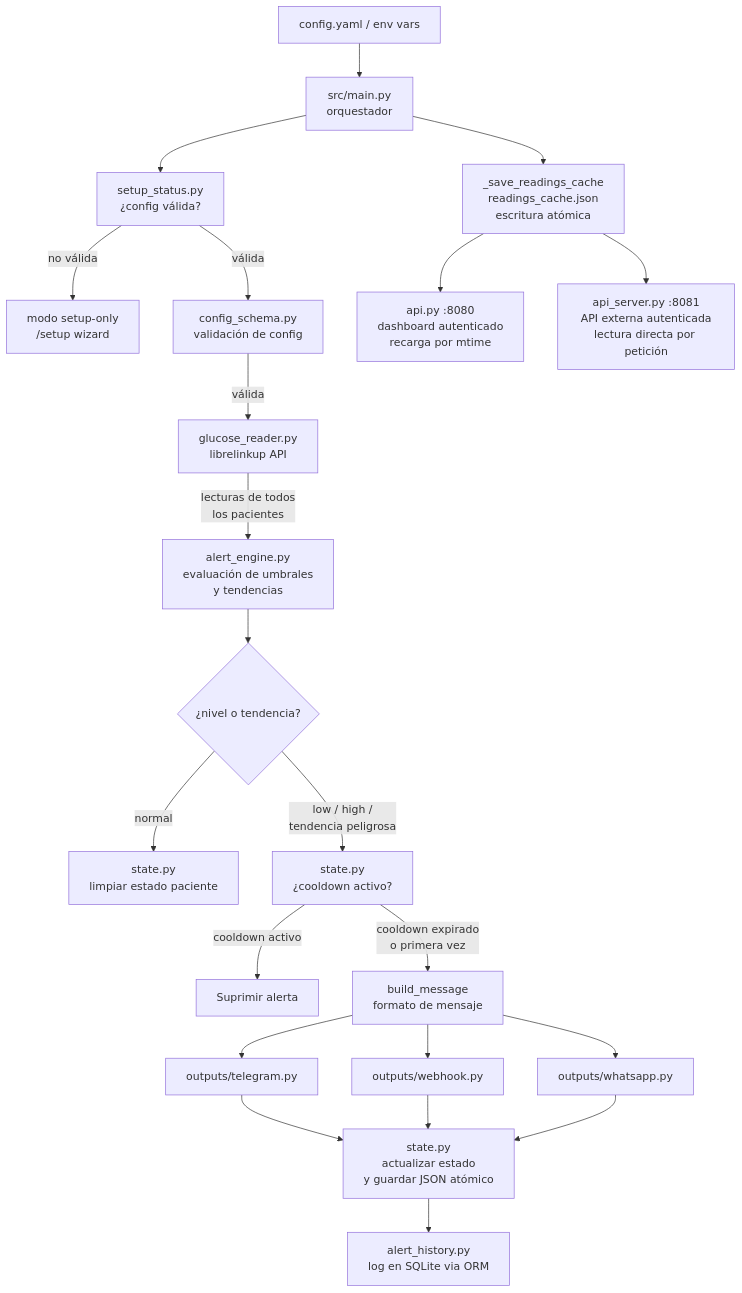
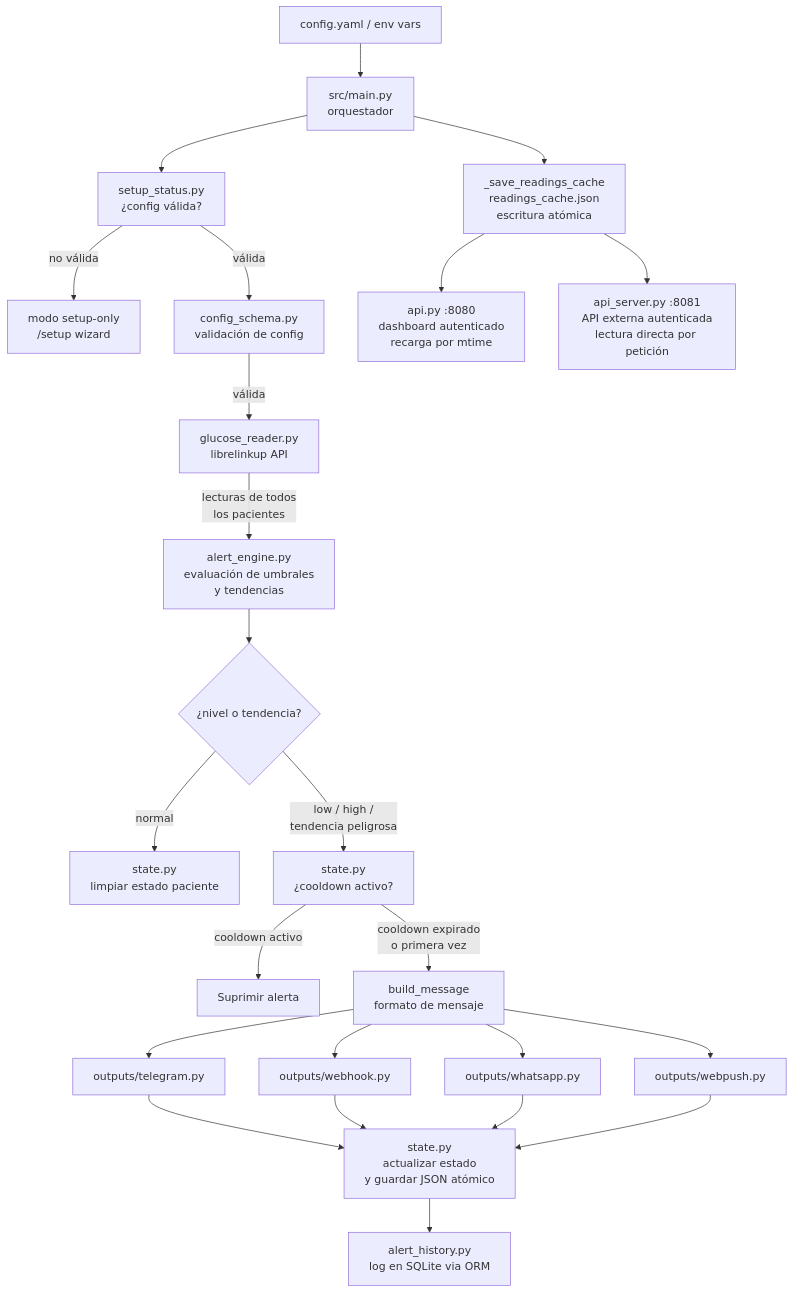
Before and after one commit to jmsantamariar/family-glucose-monitor: the diagram in docs/ARCHITECTURE.md, drawn with Mermaid. The commit also changed other lines of this file and 3 other files, not shown here.

````diff
--- a/docs/ARCHITECTURE.md
+++ b/docs/ARCHITECTURE.md
@@ -5,22 +5,23 @@
 ```mermaid
 flowchart TD
     A[config.yaml / env vars] --> B[src/main.py\norquestador]
     B --> C[setup_status.py\n¿config válida?]
     C -- no válida --> W[modo setup-only\n/setup wizard]
     C -- válida --> D[config_schema.py\nvalidación de config]
     D -- válida --> E[glucose_reader.py\nlibrelinkup API]
     E -- lecturas de todos\nlos pacientes --> F[alert_engine.py\nevaluación de umbrales\ny tendencias]
     F --> G{¿nivel o tendencia?}
     G -- normal --> H[state.py\nlimpiar estado paciente]
     G -- low / high /\ntendencia peligrosa --> I[state.py\n¿cooldown activo?]
     I -- cooldown activo --> J[Suprimir alerta]
     I -- cooldown expirado\no primera vez --> K[build_message\nformato de mensaje]
     K --> L[outputs/telegram.py]
     K --> M[outputs/webhook.py]
     K --> N[outputs/whatsapp.py]
-    L & M & N --> O[state.py\nactualizar estado\ny guardar JSON atómico]
+    K --> NP[outputs/webpush.py]
+    L & M & N & NP --> O[state.py\nactualizar estado\ny guardar JSON atómico]
     O --> P[alert_history.py\nlog en SQLite via ORM]
     B --> Q[_save_readings_cache\nreadings_cache.json\nescritura atómica]
     Q --> R[api.py :8080\ndashboard autenticado\nrecarga por mtime]
     Q --> S[api_server.py :8081\nAPI externa autenticada\nlectura directa por petición]
 ```
````
